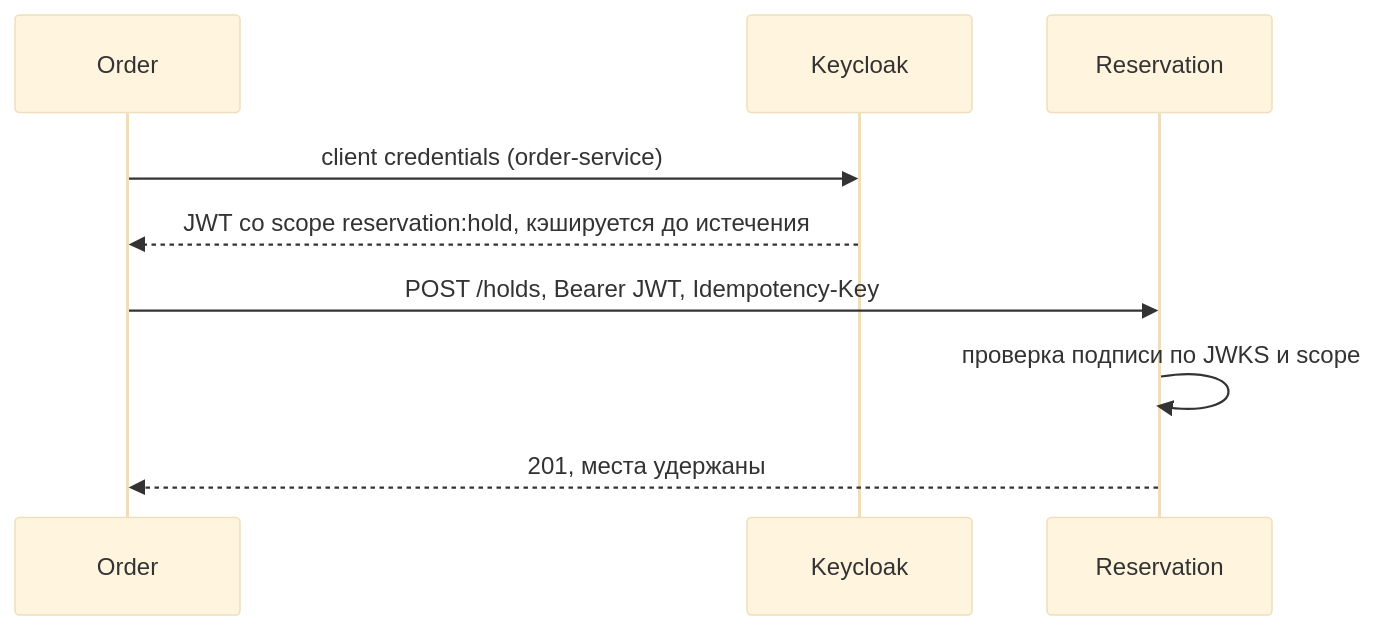
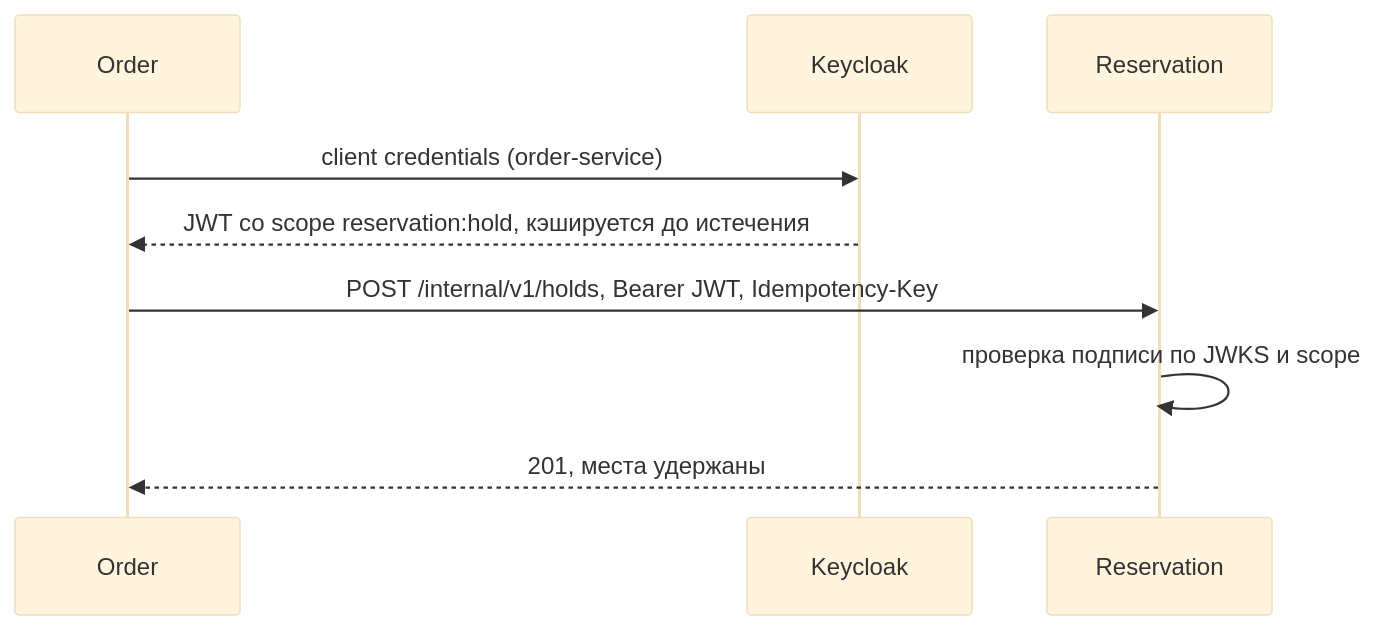
Before and after one commit to hokkaidox/tickethub: the second of 4 diagrams in docs/architecture.md, drawn with Mermaid (base theme). The commit also changed other lines of this file and 8 other files, not shown here.

````diff
--- a/docs/architecture.md
+++ b/docs/architecture.md
@@ -95,12 +95,12 @@
 ```mermaid
 sequenceDiagram
     participant O as Order
     participant KC as Keycloak
     participant R as Reservation
 
     O->>KC: client credentials (order-service)
     KC-->>O: JWT со scope reservation:hold, кэшируется до истечения
-    O->>R: POST /holds, Bearer JWT, Idempotency-Key
+    O->>R: POST /internal/v1/holds, Bearer JWT, Idempotency-Key
     R->>R: проверка подписи по JWKS и scope
     R-->>O: 201, места удержаны
 ```
````
